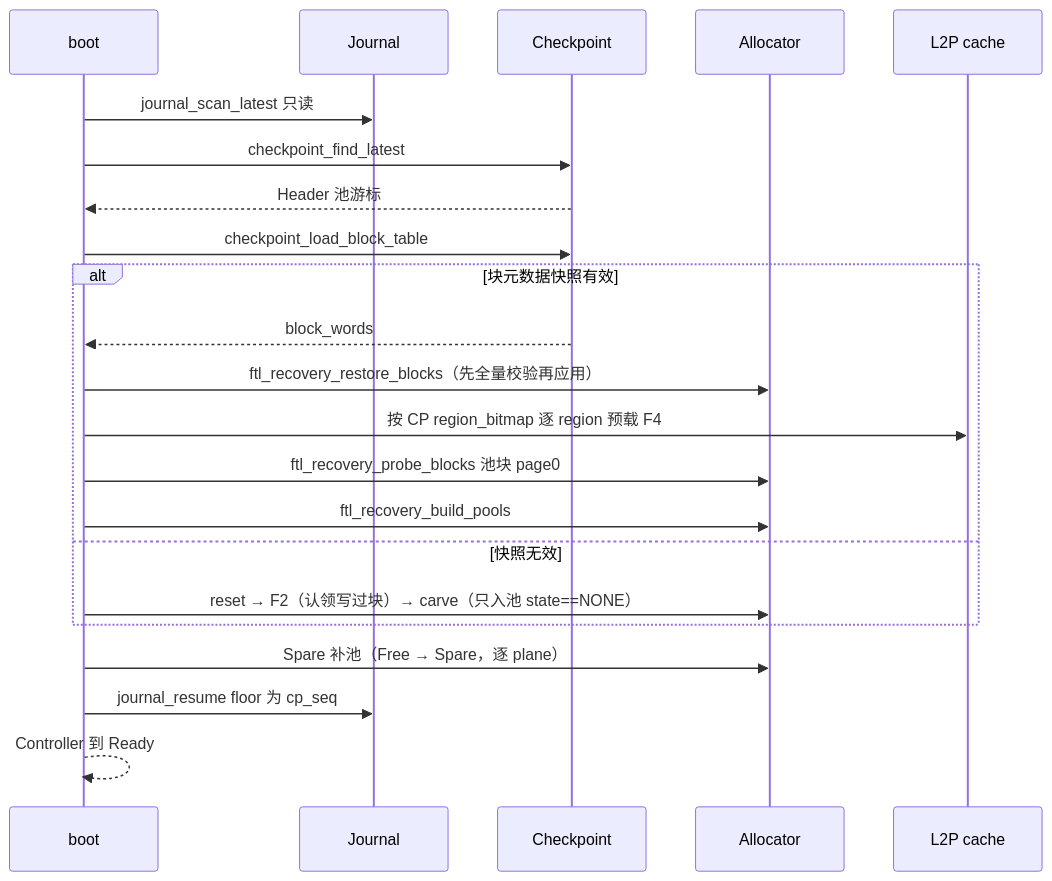
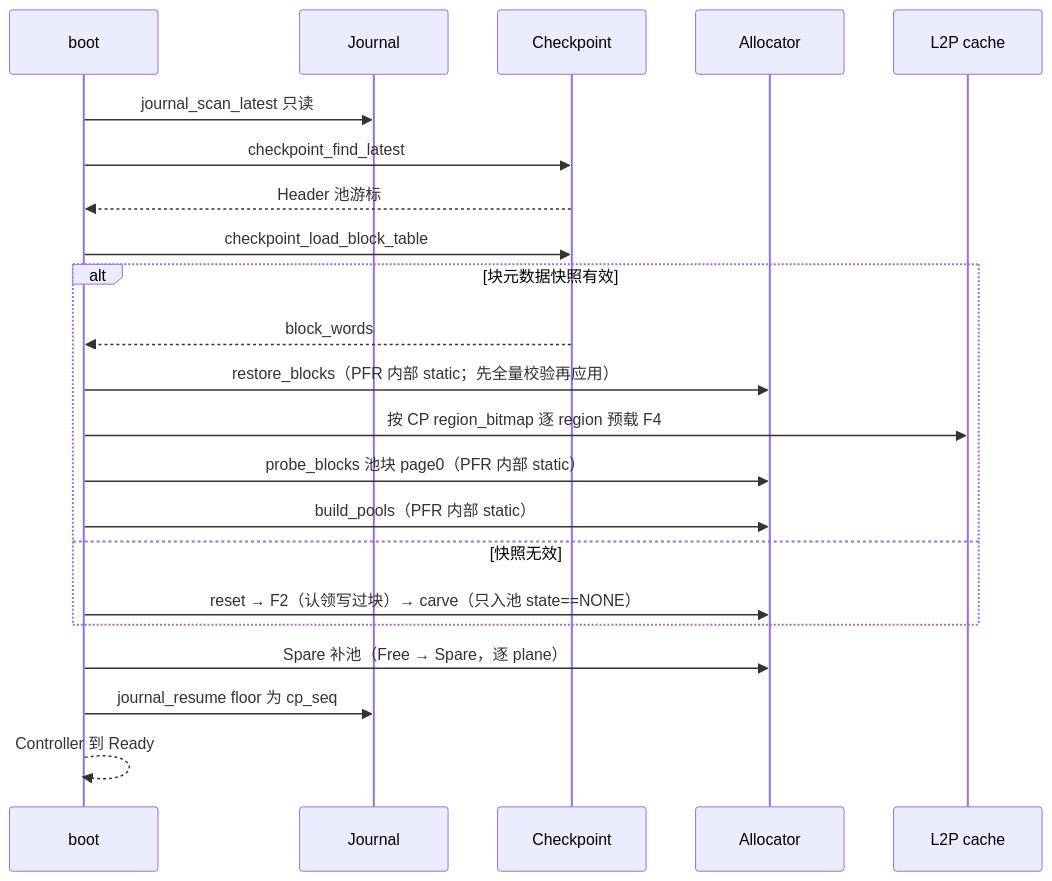
One commit to YzYMIAO/BASESSD changed diagram 24 of 32 in docs/design/ftl_design.md. Above: the diagram before and after it, drawn with Mermaid. The commit also changed other lines of this file and 1 other file, not shown here.

First line of the commit message:
docs(ftl): 主设计文档同步模块 handle 契约

````diff
--- a/docs/design/ftl_design.md
+++ b/docs/design/ftl_design.md
@@ -3460,25 +3486,25 @@
 ```mermaid
 sequenceDiagram
     participant B as boot
     participant J as Journal
     participant C as Checkpoint
     participant A as Allocator
     participant L as L2P cache
 
     B->>J: journal_scan_latest 只读
     B->>C: checkpoint_find_latest
     C-->>B: Header 池游标
     B->>C: checkpoint_load_block_table
     alt 块元数据快照有效
         C-->>B: block_words
-        B->>A: ftl_recovery_restore_blocks（先全量校验再应用）
+        B->>A: restore_blocks（PFR 内部 static；先全量校验再应用）
         B->>L: 按 CP region_bitmap 逐 region 预载 F4
-        B->>A: ftl_recovery_probe_blocks 池块 page0
-        B->>A: ftl_recovery_build_pools
+        B->>A: probe_blocks 池块 page0（PFR 内部 static）
+        B->>A: build_pools（PFR 内部 static）
     else 快照无效
         B->>A: reset → F2（认领写过块）→ carve（只入池 state==NONE）
     end
     B->>A: Spare 补池（Free → Spare，逐 plane）
     B->>J: journal_resume floor 为 cp_seq
     B-->>B: Controller 到 Ready
 ```
````
